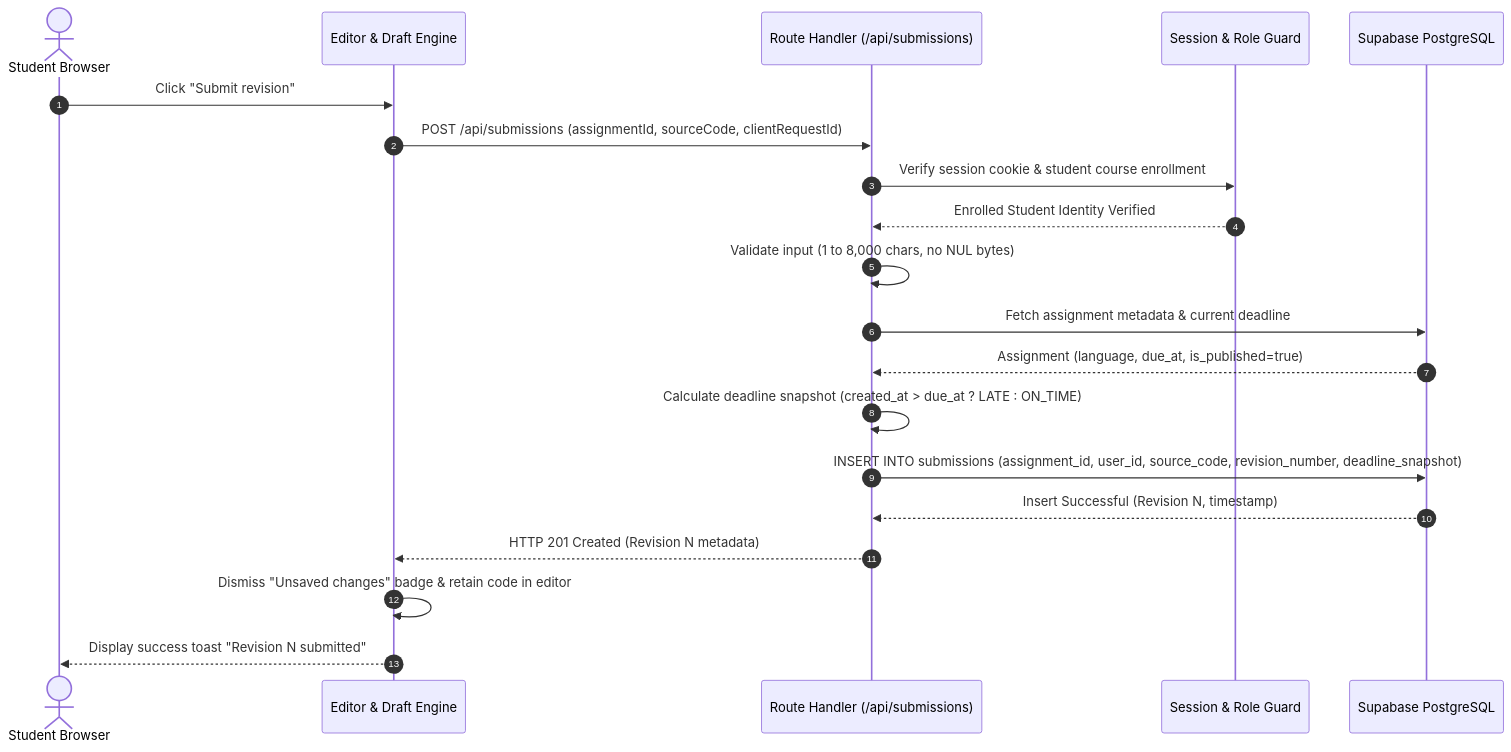
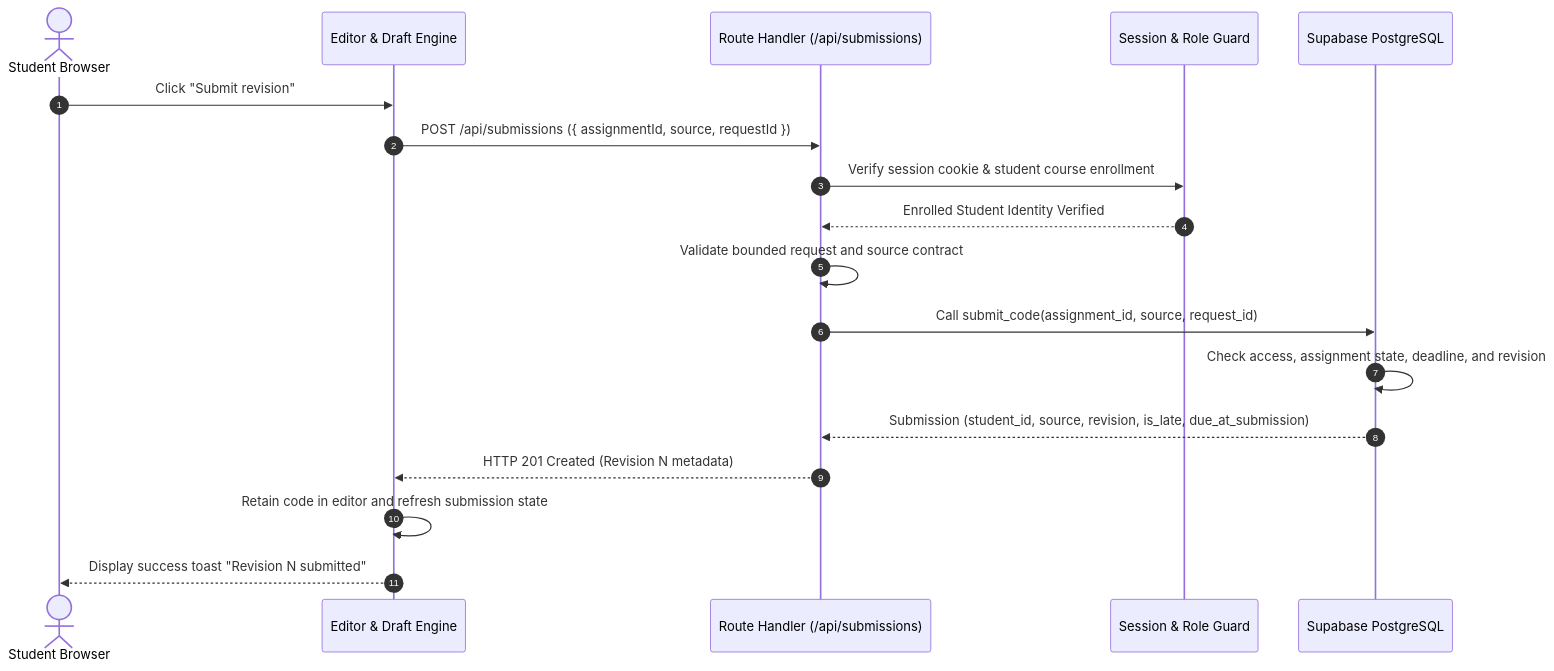
The second of 7 diagrams in docs/DeveloperGuide.md (CS3227-2610-MP4-CodeLeet/CS3227-2610-MP4), drawn with Mermaid before and after one commit. The commit also changed other lines of this file and 3 other files, not shown here.

````diff
--- a/docs/DeveloperGuide.md
+++ b/docs/DeveloperGuide.md
@@ -148,26 +142,23 @@
 ```mermaid
 sequenceDiagram
     autonumber
     actor Student as Student Browser
     participant Editor as Editor & Draft Engine
     participant API as Route Handler (/api/submissions)
     participant Auth as Session & Role Guard
     participant DB as Supabase PostgreSQL
 
     Student->>Editor: Click "Submit revision"
-    Editor->>API: POST /api/submissions (assignmentId, sourceCode, clientRequestId)
+    Editor->>API: POST /api/submissions ({ assignmentId, source, requestId })
     API->>Auth: Verify session cookie & student course enrollment
     Auth-->>API: Enrolled Student Identity Verified
     
-    API->>API: Validate input (1 to 8,000 chars, no NUL bytes)
-    API->>DB: Fetch assignment metadata & current deadline
-    DB-->>API: Assignment (language, due_at, is_published=true)
-    
-    API->>API: Calculate deadline snapshot (created_at > due_at ? LATE : ON_TIME)
-    API->>DB: INSERT INTO submissions (assignment_id, user_id, source_code, revision_number, deadline_snapshot)
-    DB-->>API: Insert Successful (Revision N, timestamp)
+    API->>API: Validate bounded request and source contract
+    API->>DB: Call submit_code(assignment_id, source, request_id)
+    DB->>DB: Check access, assignment state, deadline, and revision
+    DB-->>API: Submission (student_id, source, revision, is_late, due_at_submission)
     
     API-->>Editor: HTTP 201 Created (Revision N metadata)
-    Editor->>Editor: Dismiss "Unsaved changes" badge & retain code in editor
+    Editor->>Editor: Retain code in editor and refresh submission state
     Editor-->>Student: Display success toast "Revision N submitted"
 ```
````
